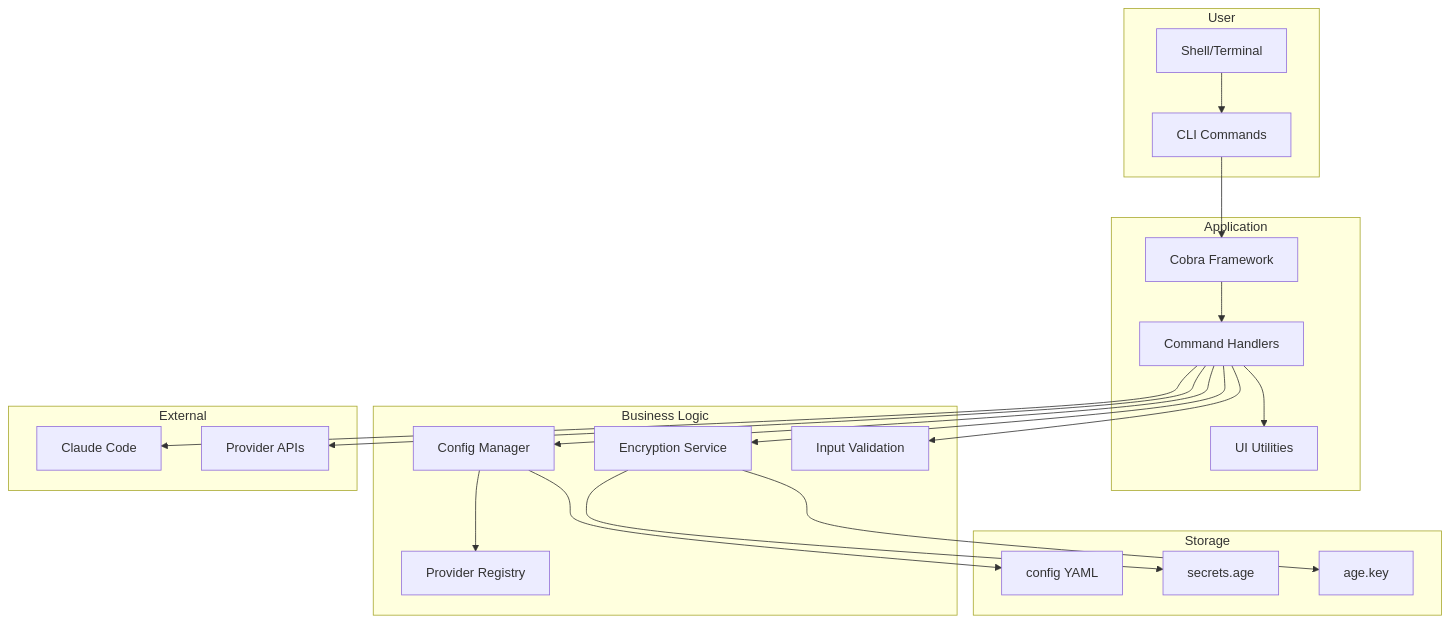
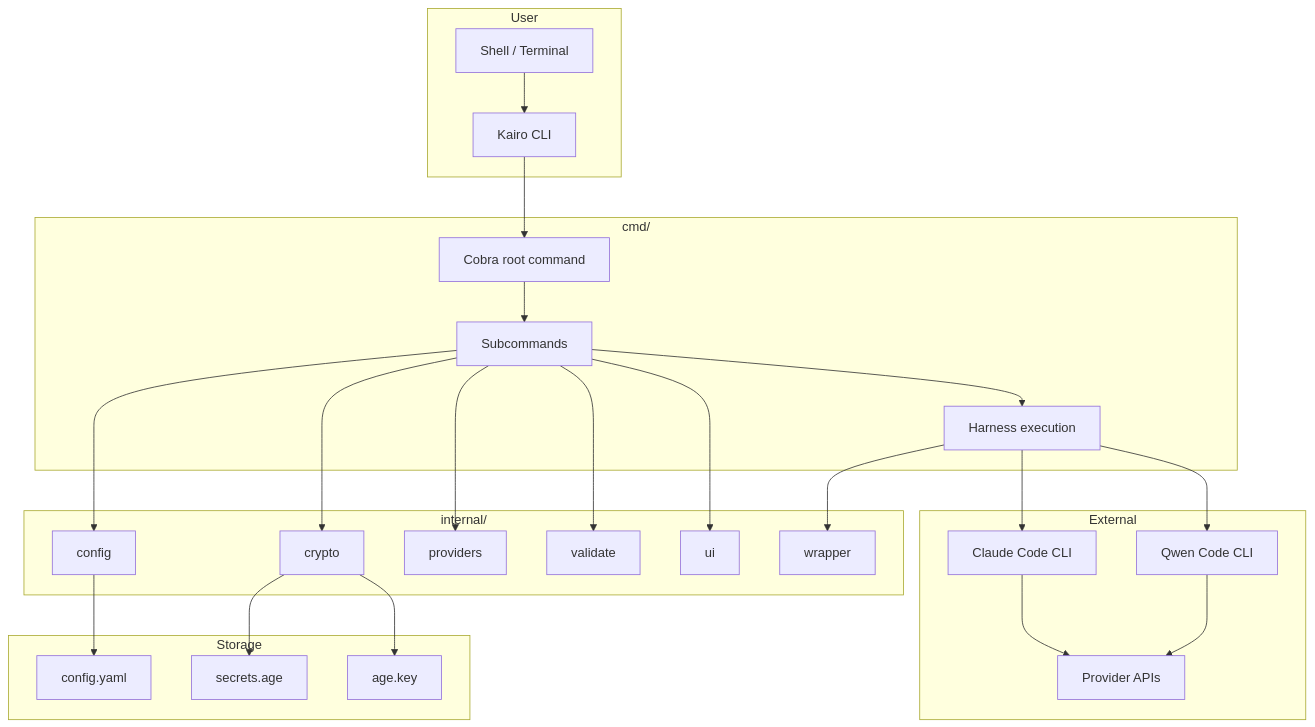
Before and after one commit to dkmnx/kairo: the first of 3 diagrams in docs/architecture/README.md, drawn with Mermaid. The commit also changed other lines of this file and 8 other files, not shown here.

````diff
--- a/docs/architecture/README.md
+++ b/docs/architecture/README.md
@@ -15,45 +19,52 @@
 ```mermaid
 flowchart TB
     subgraph User
-        CLI[CLI Commands]
-        Shell[Shell/Terminal]
+        CLI[Kairo CLI]
+        Shell[Shell / Terminal]
     end
 
-    subgraph Application
-        Cobra[Cobra Framework]
-        Commands[Command Handlers]
-        UI[UI Utilities]
+    subgraph CommandLayer[cmd/]
+        Cobra[Cobra root command]
+        Commands[Subcommands]
+        Execution[Harness execution]
     end
 
-    subgraph Business Logic
-        Config[Config Manager]
-        Crypto[Encryption Service]
-        Providers[Provider Registry]
-        Validate[Input Validation]
+    subgraph Core[internal/]
+        Config[config]
+        Crypto[crypto]
+        Providers[providers]
+        Validate[validate]
+        UI[ui]
+        Wrapper[wrapper]
     end
 
     subgraph Storage
-        ConfigFile[config YAML]
-        SecretsAge[secrets.age]
-        AgeKey[age.key]
+        ConfigFile[config.yaml]
+        SecretsFile[secrets.age]
+        KeyFile[age.key]
     end
 
     subgraph External
-        Claude[Claude Code]
+        Claude[Claude Code CLI]
+        Qwen[Qwen Code CLI]
         APIs[Provider APIs]
     end
 
     Shell --> CLI
     CLI --> Cobra
     Cobra --> Commands
-    Commands --> UI
+    Commands --> Execution
     Commands --> Config
     Commands --> Crypto
+    Commands --> Providers
     Commands --> Validate
+    Commands --> UI
+    Execution --> Wrapper
     Config --> ConfigFile
-    Crypto --> SecretsAge
-    Crypto --> AgeKey
-    Config --> Providers
-    Commands --> APIs
-    Commands --> Claude
+    Crypto --> SecretsFile
+    Crypto --> KeyFile
+    Execution --> Claude
+    Execution --> Qwen
+    Claude --> APIs
+    Qwen --> APIs
 ```
````
